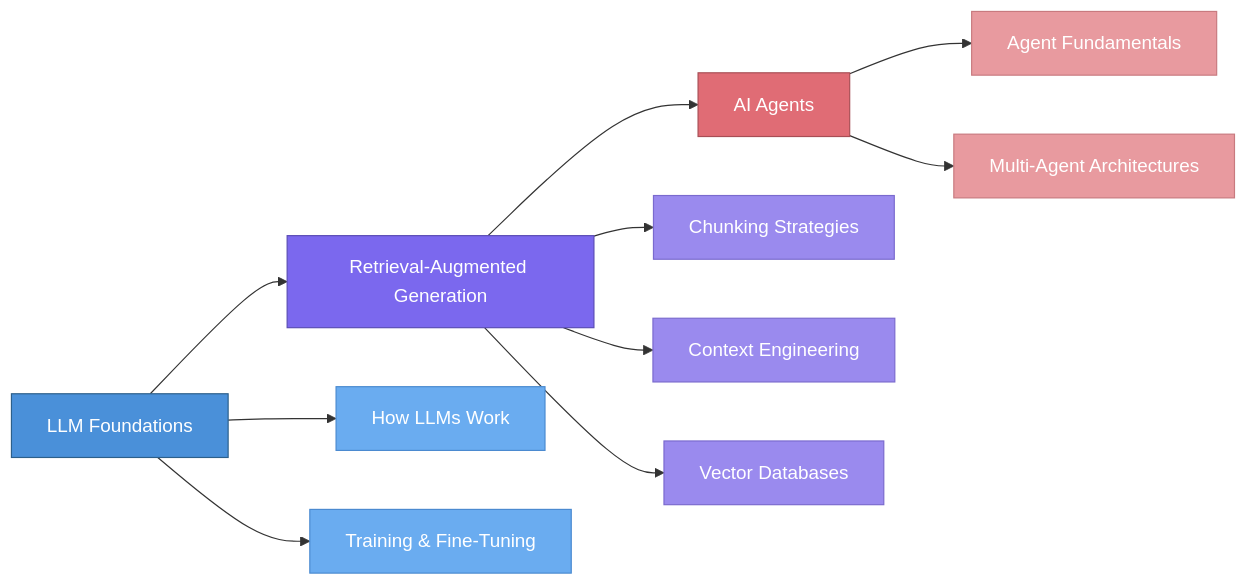
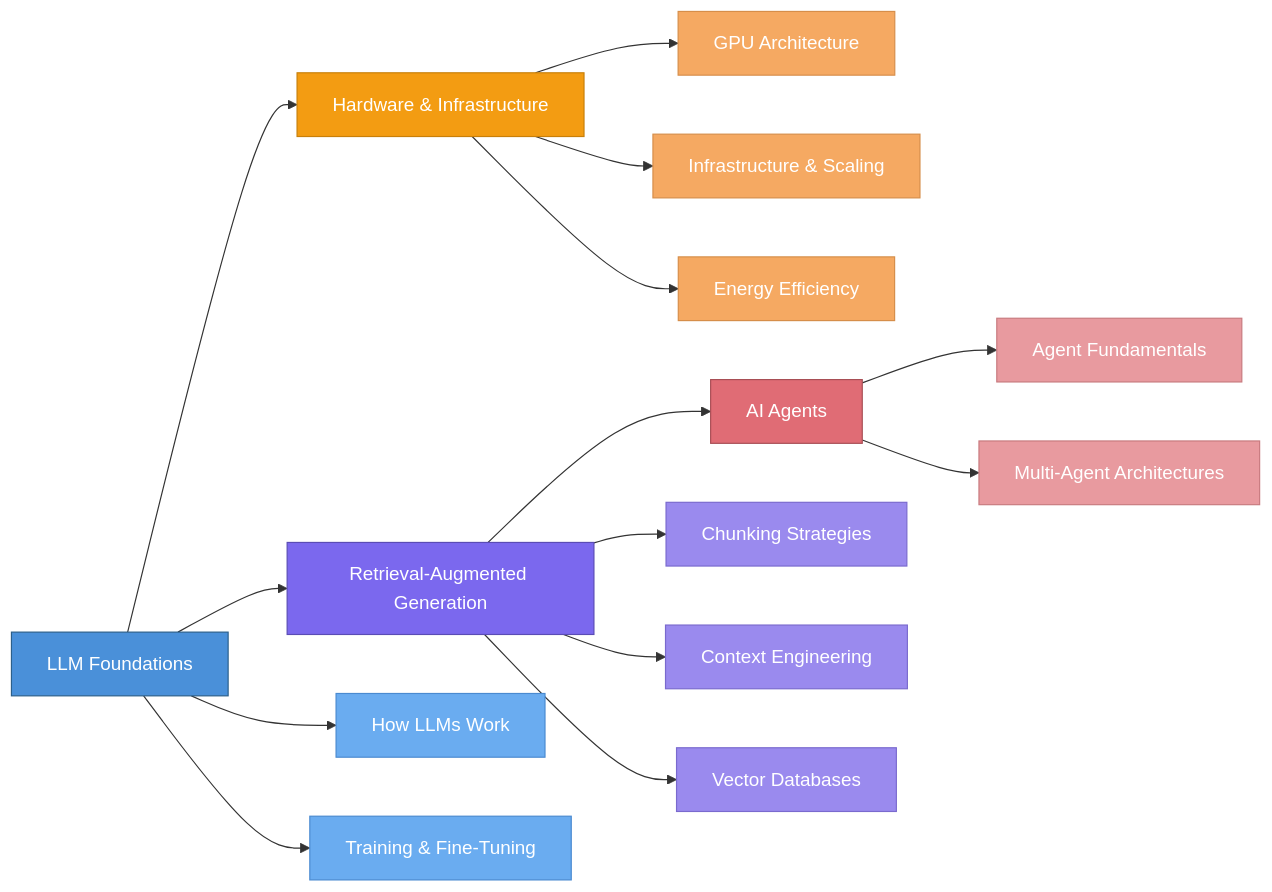
The diagram in README.md (natenberenstein/deep-dive-llms), drawn with Mermaid before and after one commit. The commit also changed other lines of this file and 5 other files, not shown here.

Commit message:
docs: add docs on hardware and infrastructure for llms

````diff
--- a/README.md
+++ b/README.md
@@ -9,26 +9,35 @@
 ```mermaid
 graph LR
-    A[LLM Foundations] --> B[Retrieval-Augmented Generation]
-    B --> C[AI Agents]
+    A[LLM Foundations] --> B[Hardware & Infrastructure]
+    A --> C[Retrieval-Augmented Generation]
+    C --> D[AI Agents]
 
     A --> A1[How LLMs Work]
     A --> A2[Training & Fine-Tuning]
 
-    B --> B1[Chunking Strategies]
-    B --> B2[Context Engineering]
-    B --> B3[Vector Databases]
+    B --> B1[GPU Architecture]
+    B --> B2[Infrastructure & Scaling]
+    B --> B3[Energy Efficiency]
 
-    C --> C1[Agent Fundamentals]
-    C --> C2[Multi-Agent Architectures]
+    C --> C1[Chunking Strategies]
+    C --> C2[Context Engineering]
+    C --> C3[Vector Databases]
+
+    D --> D1[Agent Fundamentals]
+    D --> D2[Multi-Agent Architectures]
 
     style A fill:#4a90d9,stroke:#2c5f8a,color:#fff
-    style B fill:#7b68ee,stroke:#5a4cb5,color:#fff
-    style C fill:#e06c75,stroke:#a84e55,color:#fff
+    style B fill:#f39c12,stroke:#c87f0a,color:#fff
+    style C fill:#7b68ee,stroke:#5a4cb5,color:#fff
+    style D fill:#e06c75,stroke:#a84e55,color:#fff
     style A1 fill:#6aacf0,stroke:#4a8ad0,color:#fff
     style A2 fill:#6aacf0,stroke:#4a8ad0,color:#fff
-    style B1 fill:#9a8aee,stroke:#7a6ace,color:#fff
-    style B2 fill:#9a8aee,stroke:#7a6ace,color:#fff
-    style B3 fill:#9a8aee,stroke:#7a6ace,color:#fff
-    style C1 fill:#e89a9f,stroke:#c87a7f,color:#fff
-    style C2 fill:#e89a9f,stroke:#c87a7f,color:#fff
+    style B1 fill:#f5a962,stroke:#d68e4a,color:#fff
+    style B2 fill:#f5a962,stroke:#d68e4a,color:#fff
+    style B3 fill:#f5a962,stroke:#d68e4a,color:#fff
+    style C1 fill:#9a8aee,stroke:#7a6ace,color:#fff
+    style C2 fill:#9a8aee,stroke:#7a6ace,color:#fff
+    style C3 fill:#9a8aee,stroke:#7a6ace,color:#fff
+    style D1 fill:#e89a9f,stroke:#c87a7f,color:#fff
+    style D2 fill:#e89a9f,stroke:#c87a7f,color:#fff
 ```
````
